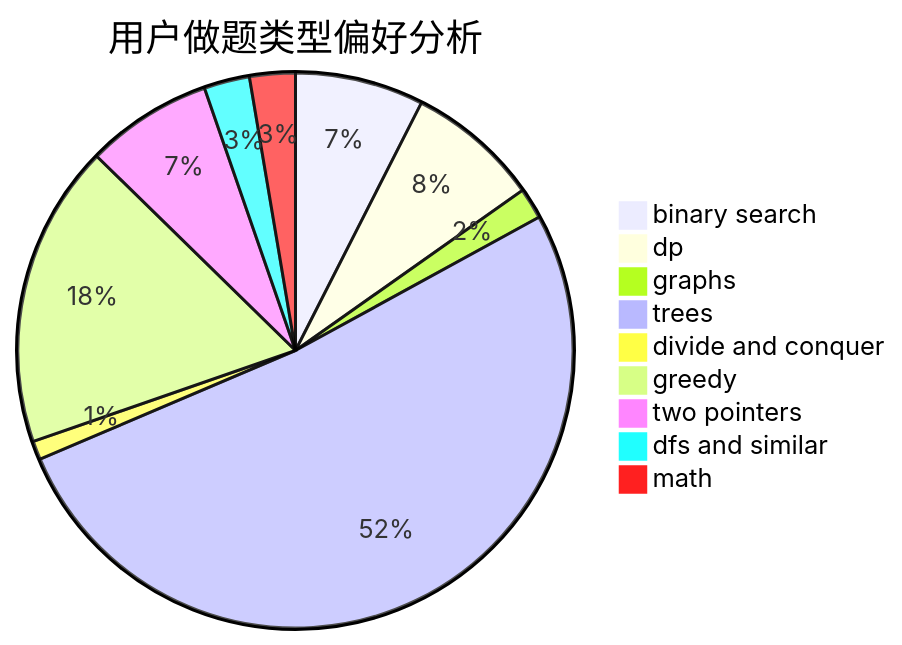
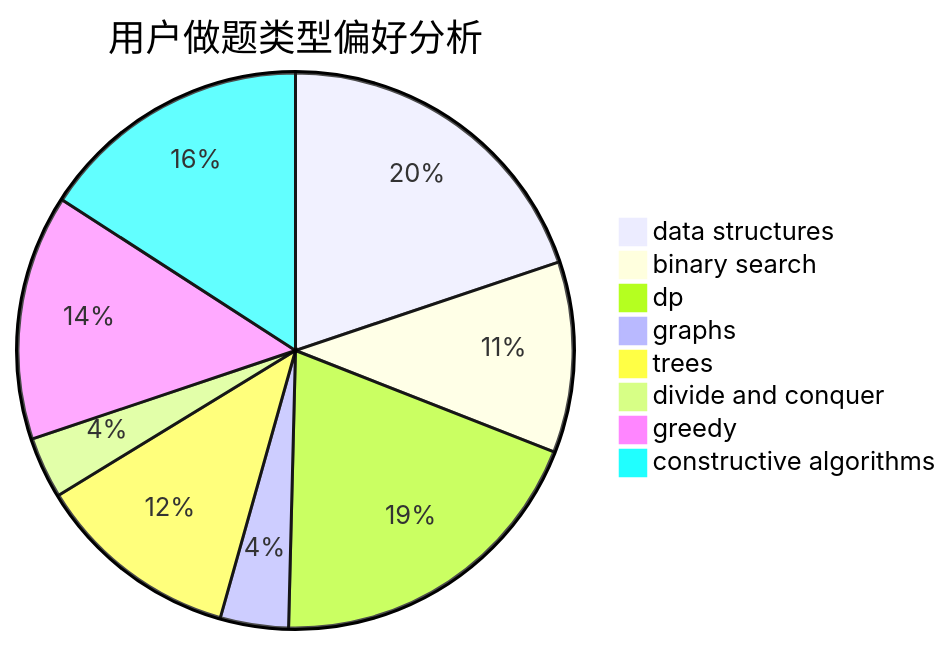
Before and after one commit to sherpahu/cfrs.github.io: the second of 3 diagrams in docs/user/u1150.md, drawn with Mermaid. The commit also changed other lines of this file and 2775 other files, not shown here.

````diff
--- a/docs/user/u1150.md
+++ b/docs/user/u1150.md
@@ -23,12 +23,11 @@
 ```mermaid
 pie title 用户做题类型偏好分析
-    "binary search" :  62
-    "dp" :  64
-    "graphs" :  15
-    "trees" :  427
+    "data structures" :  50
+    "binary search" :  28
+    "dp" :  49
+    "graphs" :  10
+    "trees" :  30
     "divide and conquer" :  9
-    "greedy" :  146
-    "two pointers" :  61
-    "dfs and similar" :  22
-    "math" :  22
+    "greedy" :  36
+    "constructive algorithms" :  40
 ```
````
